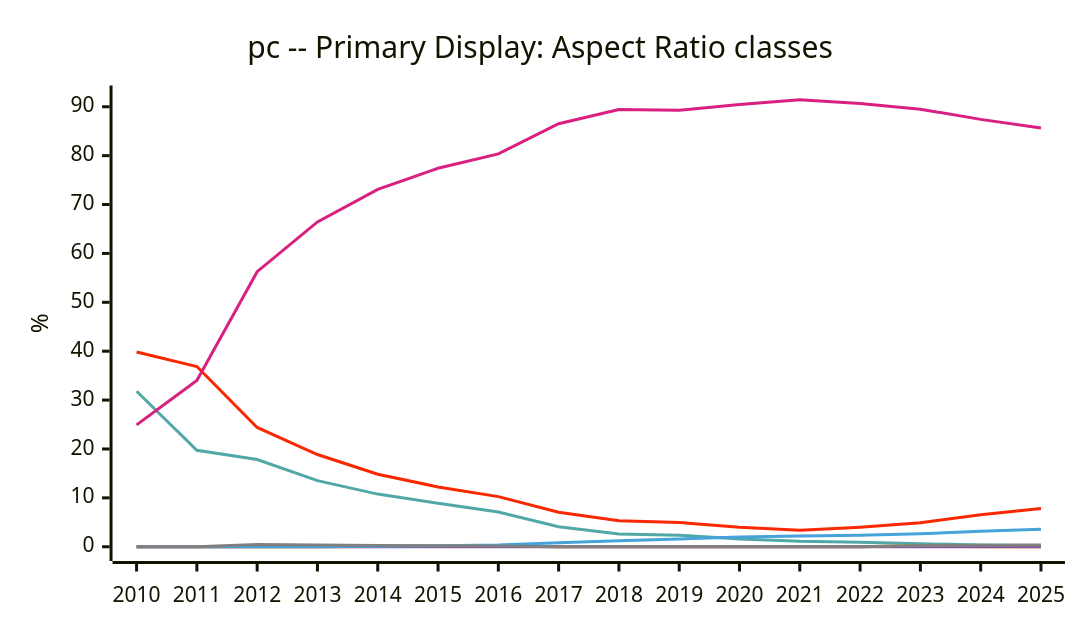
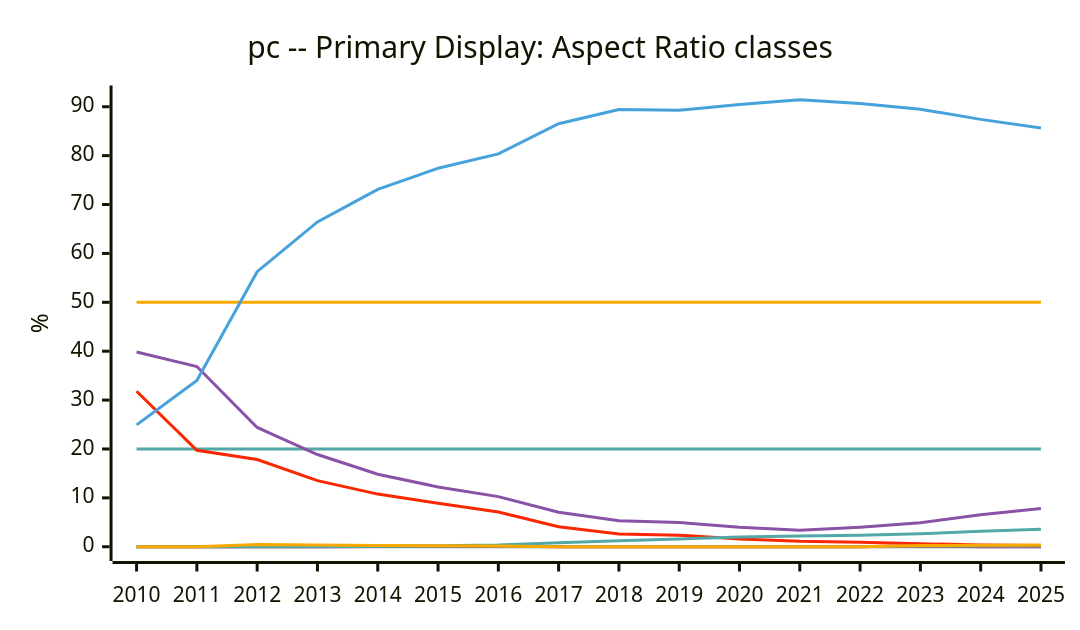
One commit to jdegene/steamHWsurvey changed diagram 20 of 29 in README.md. Above: the diagram before and after it, drawn with Mermaid. The commit also changed other lines of this file and 1 other file, not shown here.

````diff
--- a/README.md
+++ b/README.md
@@ -629,25 +629,27 @@
 ```mermaid
 ---
 config:
     xyChart:
         width: 700
         height: 400
         
     themeVariables:
         xyChart:
             plotColorPalette: "#51a8a6,#f9a900,#f92800,#d92080,#8a52a6,#46a2da,#808080"
 
 --- 
 
     xychart-beta
         title "pc -- Primary Display: Aspect Ratio classes"
         x-axis [2010, 2011, 2012, 2013, 2014, 2015, 2016, 2017, 2018, 2019, 2020, 2021, 2022, 2023, 2024, 2025]
     y-axis "%" 
+ line [20, 20, 20, 20, 20, 20, 20, 20, 20, 20, 20, 20, 20, 20, 20, 20]
+ line [50, 50, 50, 50, 50, 50, 50, 50, 50, 50, 50, 50, 50, 50, 50, 50]
     line [31.798333333333336, 19.744, 17.843, 13.519090909090911, 10.771666666666667, 8.876666666666665, 7.089166666666667, 4.084545454545455, 2.6236363636363635, 2.371818181818182, 1.6, 1.1175000000000002, 0.919090909090909, 0.6272727272727273, 0.33666666666666667, 0.2527272727272727]
     line [0, 0, 0.0, 0, 0.051666666666666666, 0.11249999999999999, 0.18000000000000002, 0, 0, 0, 0, 0, 0, 0.21, 0, 0]
     line [39.848333333333336, 36.862, 24.397000000000002, 18.862727272727273, 14.826666666666666, 12.234166666666667, 10.258333333333335, 7.050909090909091, 5.322727272727272, 4.967272727272727, 3.9755555555555557, 3.3575, 4.012727272727273, 4.897272727272727, 6.524166666666666, 7.833636363636363]
     line [24.933333333333334, 34.026, 56.262, 66.44727272727273, 73.08583333333334, 77.42083333333333, 80.36083333333333, 86.53545454545454, 89.43818181818183, 89.29181818181819, 90.43777777777778, 91.4325, 90.68454545454546, 89.4981818181818, 87.42000000000002, 85.66]
     line [0, 0, 0.01, 0.009090909090909092, 0.01, 0.01, 0.01, 0, 0, 0, 0, 0, 0, 0, 0, 0]
     line [0, 0, 0, 0.020999999999999998, 0.08583333333333333, 0.21583333333333332, 0.3741666666666667, 0.8181818181818181, 1.2245454545454544, 1.6063636363636364, 2.01, 2.205, 2.3290909090909087, 2.6509090909090913, 3.1774999999999998, 3.5772727272727267]
     line [0, 0, 0.45222222222222225, 0.3336363636363636, 0.2683333333333333, 0.21416666666666667, 0.15, 0, 0, 0, 0, 0, 0, 0.25, 0.29750000000000004, 0.36272727272727273]
 ``` 
````
